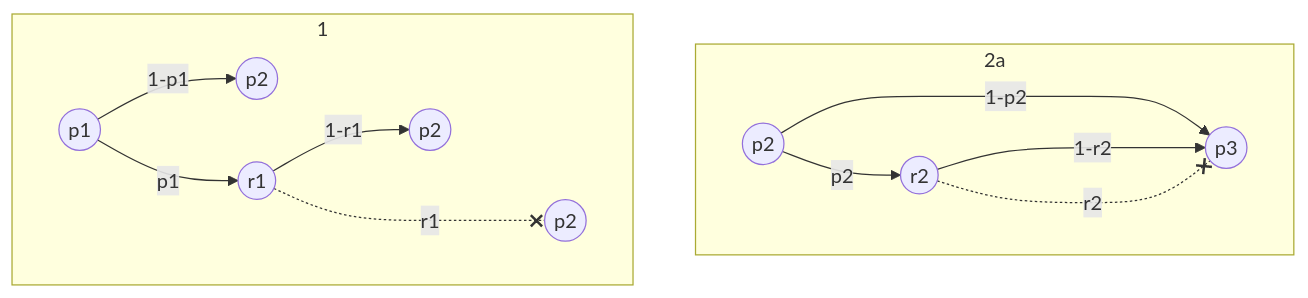
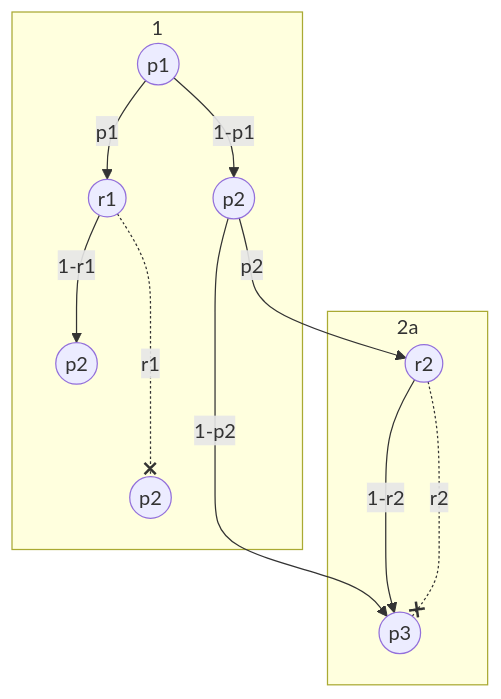
The third of 4 diagrams in vault/sem2/AuW/UE/cx/bf/cx07-bf.md (bfeitknecht/vault), drawn with Mermaid before and after one commit. The commit also changed other lines of this file, not shown here.

Commit message:
vault backup: 2024-05-04 02:03:03 from MacBook Pro (echo)
Affected files:
vault/sem2/AuW/UE/cx/bf/cx07-bf.md

````diff
--- a/vault/sem2/AuW/UE/cx/bf/cx07-bf.md
+++ b/vault/sem2/AuW/UE/cx/bf/cx07-bf.md
@@ -80,28 +80,29 @@
 ```mermaid
 flowchart TD
 
 subgraph 1
 id1((p1))
 id2((r1))
+
 id3((p2))
 id4((p2))
 id5((p2))
 
 id1-->|"1-p1"|id3
 id1-->|"p1"|id2
 id2-->|"1-r1"|id4
 id2-..-x|"r1"|id5
 end
 
 subgraph 2a
-id7((p2))
-id8((p3))
-id9((r2))
+id6((r2))
+id7((p3))
 
-id7-->|"1-p2"|id8
-id7-->|"p2"|id9
-id9-->|"1-r2"|id8
-id9-..-x|"r2"|id8
+id3-->|"1-p2"|id7
+id3-->|"p2"|id6
+id6-->|"1-r2"|id7
+id6-..-x|"r2"|id7
 end
 
+
 ```
````
